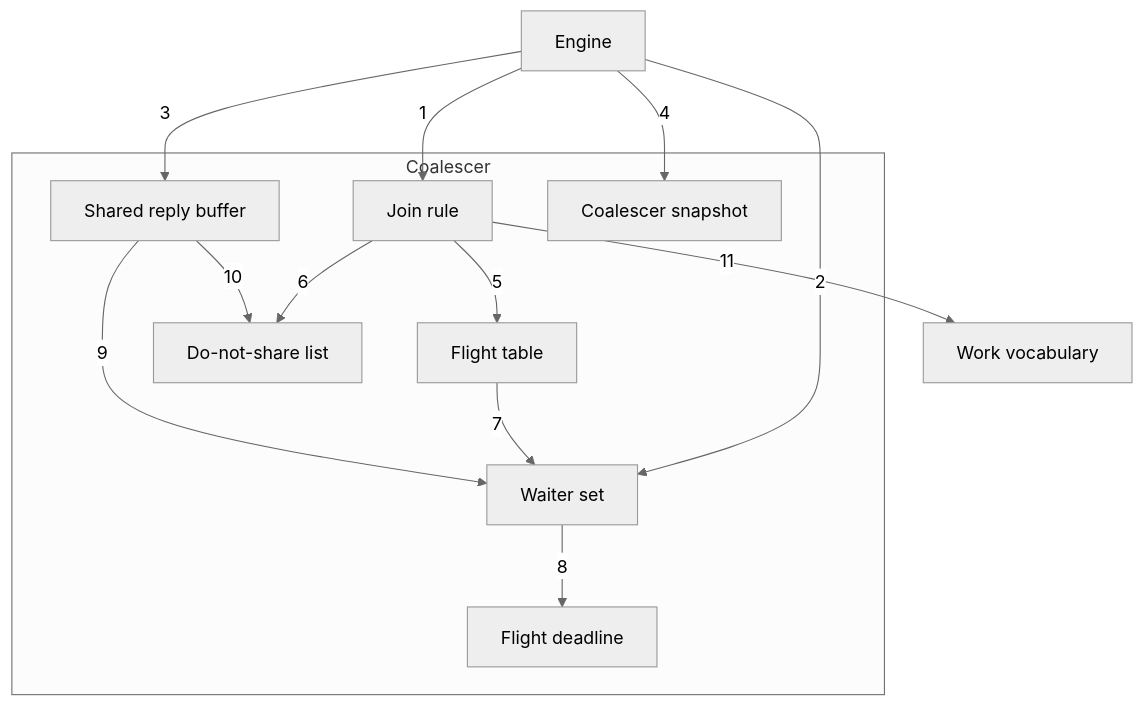
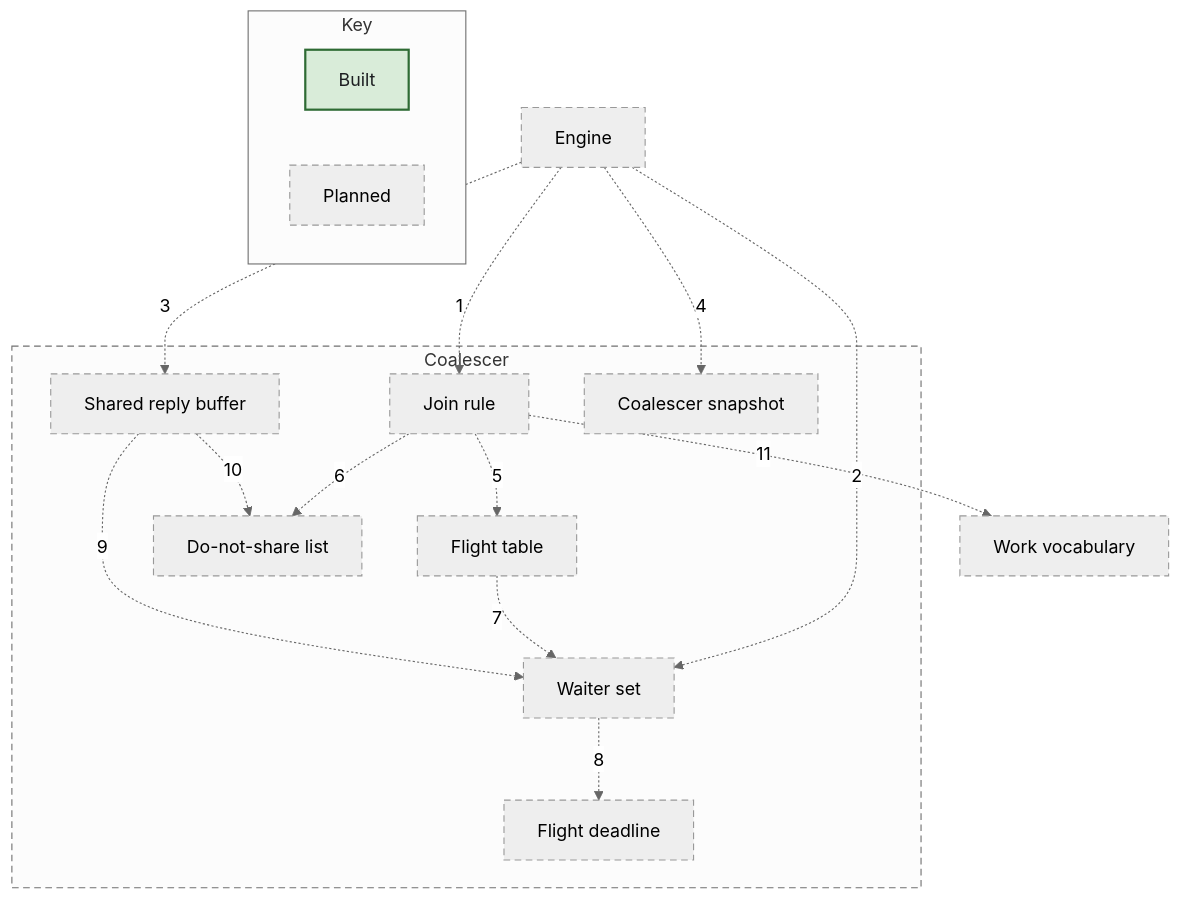
One commit to nickstrad/mini-gateway changed the diagram in docs/c4/diagrams/09-component-coalescer.mmd. Above: the diagram before and after it, drawn with Mermaid (neutral theme). The commit also changed 28 other files, not shown here.

First line of the commit message:
c4: add the as-built table and mark what chunks 0-1 built

```diff
--- a/docs/c4/diagrams/09-component-coalescer.mmd
+++ b/docs/c4/diagrams/09-component-coalescer.mmd
@@ -1,23 +1,30 @@
 flowchart TB
-  N_ENGINE["Engine"]
-  N_WORK["Work vocabulary"]
+  N_ENGINE["Engine"]:::planned
+  N_WORK["Work vocabulary"]:::planned
   subgraph SCOPE["Coalescer"]
-    F_JOIN["Join rule"]
-    F_TABLE["Flight table"]
-    F_WAITERS["Waiter set"]
-    F_DEADLINE["Flight deadline"]
-    F_REPLY["Shared reply buffer"]
-    F_NEG["Do-not-share list"]
-    F_SNAP["Coalescer snapshot"]
+    F_JOIN["Join rule"]:::planned
+    F_TABLE["Flight table"]:::planned
+    F_WAITERS["Waiter set"]:::planned
+    F_DEADLINE["Flight deadline"]:::planned
+    F_REPLY["Shared reply buffer"]:::planned
+    F_NEG["Do-not-share list"]:::planned
+    F_SNAP["Coalescer snapshot"]:::planned
   end
-  N_ENGINE -->|1| F_JOIN
-  N_ENGINE -->|2| F_WAITERS
-  N_ENGINE -->|3| F_REPLY
-  N_ENGINE -->|4| F_SNAP
-  F_JOIN -->|5| F_TABLE
-  F_JOIN -->|6| F_NEG
-  F_TABLE -->|7| F_WAITERS
-  F_WAITERS -->|8| F_DEADLINE
-  F_REPLY -->|9| F_WAITERS
-  F_REPLY -->|10| F_NEG
-  F_JOIN -->|11| N_WORK
+  N_ENGINE -.->|1| F_JOIN
+  N_ENGINE -.->|2| F_WAITERS
+  N_ENGINE -.->|3| F_REPLY
+  N_ENGINE -.->|4| F_SNAP
+  F_JOIN -.->|5| F_TABLE
+  F_JOIN -.->|6| F_NEG
+  F_TABLE -.->|7| F_WAITERS
+  F_WAITERS -.->|8| F_DEADLINE
+  F_REPLY -.->|9| F_WAITERS
+  F_REPLY -.->|10| F_NEG
+  F_JOIN -.->|11| N_WORK
+  subgraph KEY["Key"]
+    KEY_BUILT["Built"]:::built
+    KEY_PLANNED["Planned"]:::planned
+  end
+  classDef built fill:#d9ecd9,stroke:#2e6b34,stroke-width:2px,color:#1c1e21
+  classDef planned stroke-width:1px,stroke-dasharray:6 4
+  style SCOPE stroke-dasharray:6 4
```
